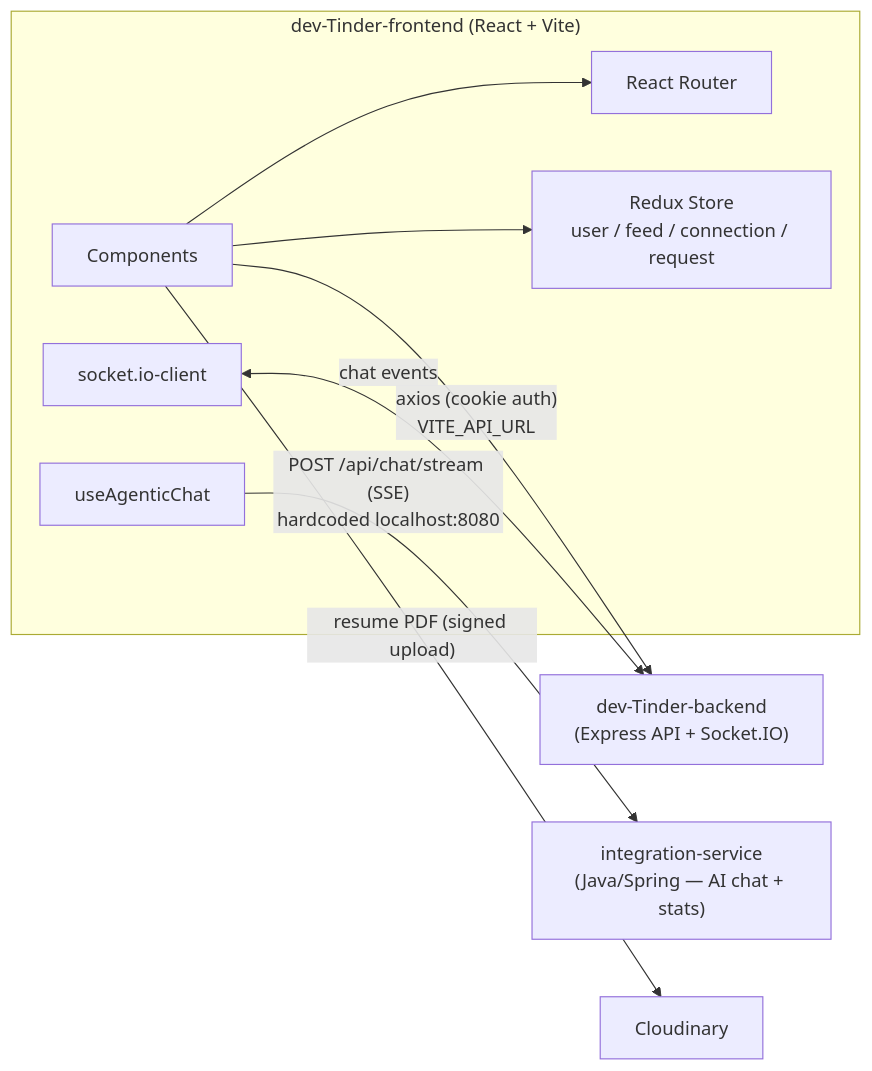
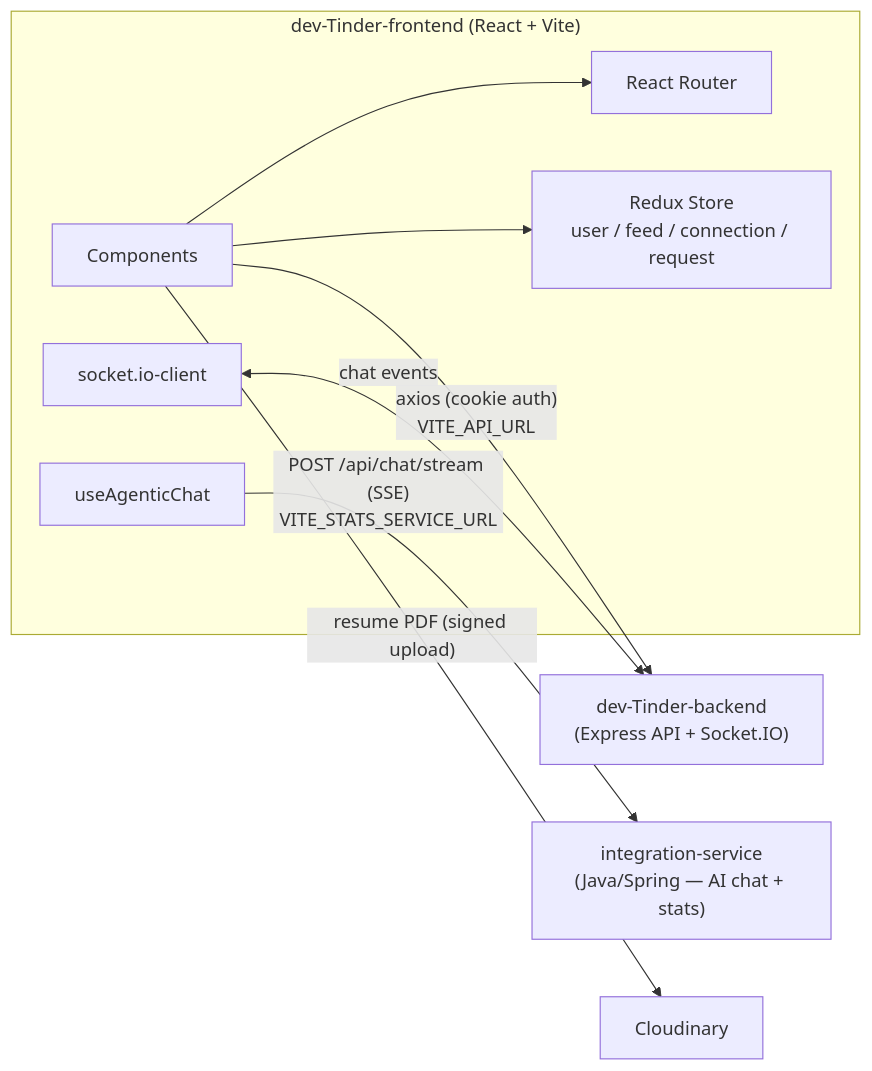
One commit to amanxsays/dev-Tinder-frontend changed the first of 3 diagrams in README.md. Above: the diagram before and after it, drawn with Mermaid. The commit also changed other lines of this file and 15 other files, not shown here.

````diff
--- a/README.md
+++ b/README.md
@@ -19,21 +19,21 @@
 ```mermaid
 flowchart LR
     subgraph FE["dev-Tinder-frontend (React + Vite)"]
         Router["React Router"]
         Store["Redux Store<br/>user / feed / connection / request"]
         Comp["Components"]
         Hook["useAgenticChat"]
         Sock["socket.io-client"]
     end
 
     BE["dev-Tinder-backend<br/>(Express API + Socket.IO)"]
     Java["integration-service<br/>(Java/Spring — AI chat + stats)"]
     Cloud["Cloudinary"]
 
     Comp --> Router
     Comp --> Store
     Comp -- "axios (cookie auth)<br/>VITE_API_URL" --> BE
     Sock <-- "chat events" --> BE
     Comp -- "resume PDF (signed upload)" --> Cloud
-    Hook -- "POST /api/chat/stream (SSE)<br/>hardcoded localhost:8080" --> Java
+    Hook -- "POST /api/chat/stream (SSE)<br/>VITE_STATS_SERVICE_URL" --> Java
 ```
````
